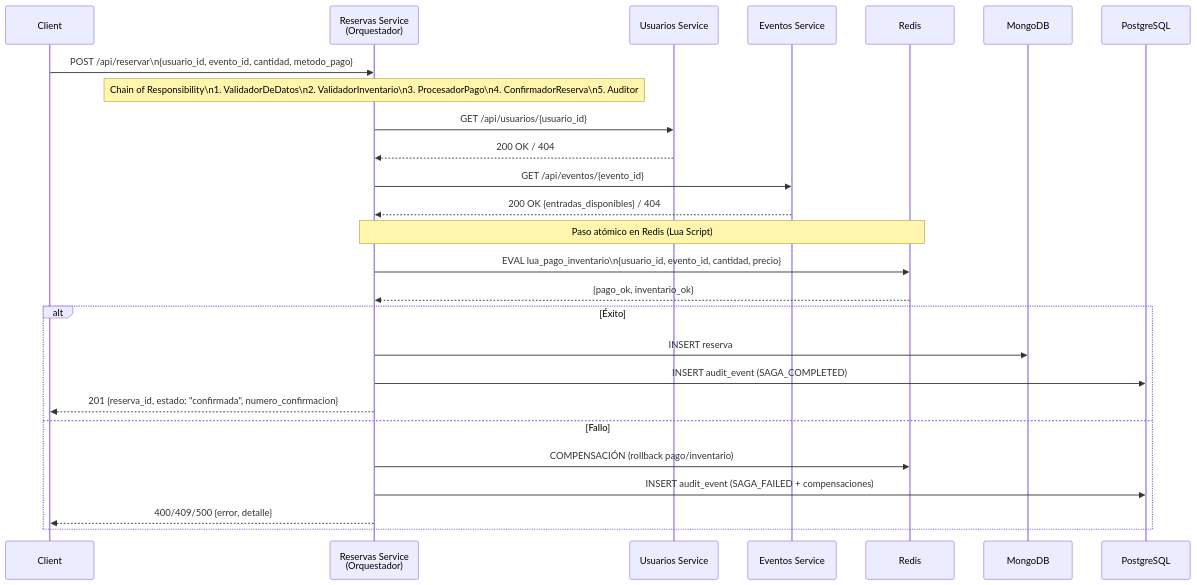
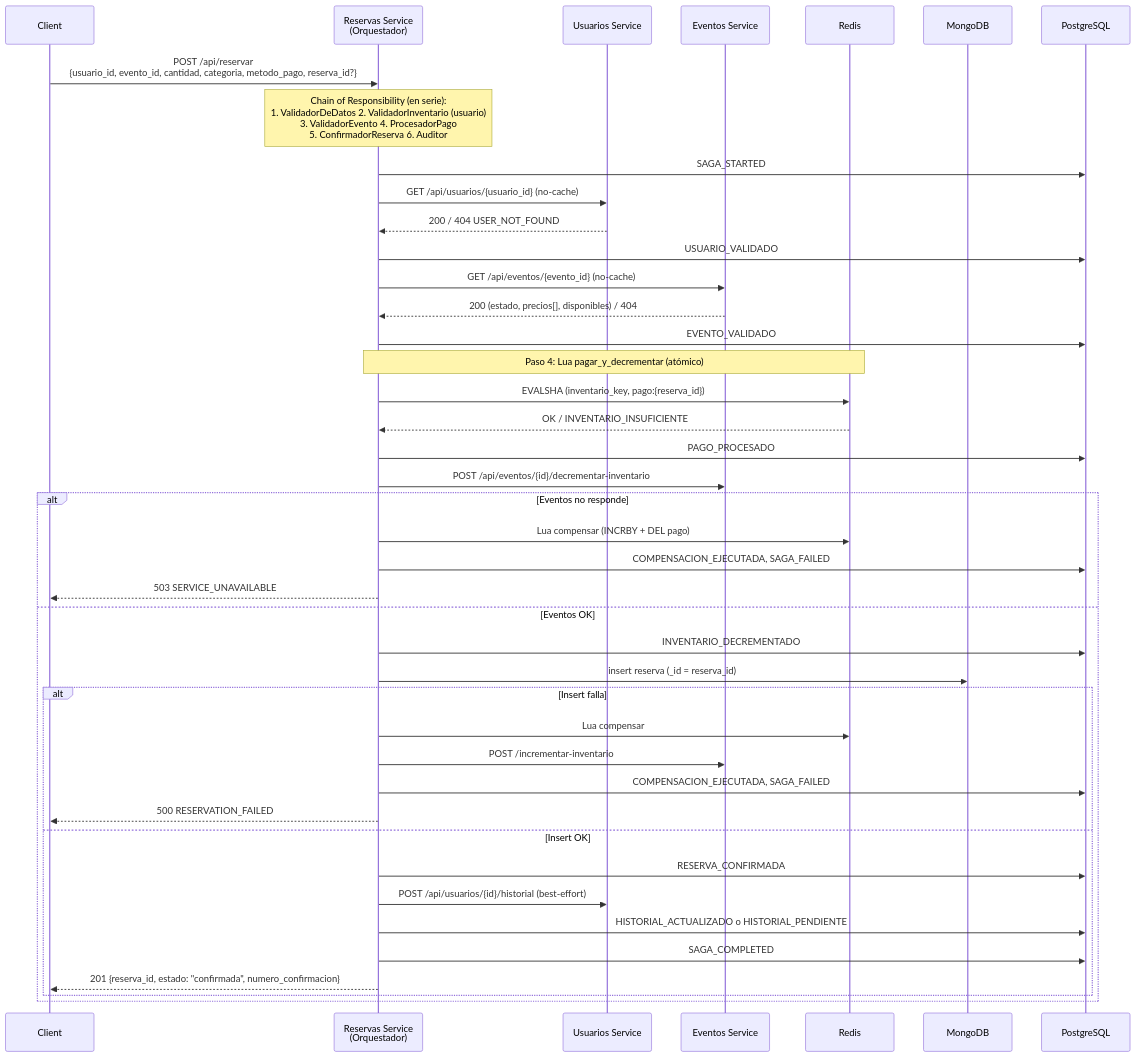
The first of 3 diagrams in TAREA 2/brain/architecture/data-flow.md (fmq203/FQ-NoSQL-2026), drawn with Mermaid before and after one commit. The commit also changed other lines of this file and 34 other files, not shown here.

````diff
--- a/TAREA 2/brain/architecture/data-flow.md
+++ b/TAREA 2/brain/architecture/data-flow.md
@@ -13,34 +15,50 @@
 ```mermaid
 sequenceDiagram
     participant Client
     participant RS as Reservas Service<br/>(Orquestador)
     participant US as Usuarios Service
     participant ES as Eventos Service
     participant Redis
     participant MongoDB
     participant PG as PostgreSQL
 
-    Client->>RS: POST /api/reservar\n{usuario_id, evento_id, cantidad, metodo_pago}
-    
-    Note over RS: Chain of Responsibility\n1. ValidadorDeDatos\n2. ValidadorInventario\n3. ProcesadorPago\n4. ConfirmadorReserva\n5. Auditor
+    Client->>RS: POST /api/reservar<br/>{usuario_id, evento_id, cantidad, categoria, metodo_pago, reserva_id?}
 
-    RS->>US: GET /api/usuarios/{usuario_id}
-    US-->>RS: 200 OK / 404
-    
-    RS->>ES: GET /api/eventos/{evento_id}
-    ES-->>RS: 200 OK {entradas_disponibles} / 404
-    
-    Note over RS,Redis: Paso atómico en Redis (Lua Script)
-    RS->>Redis: EVAL lua_pago_inventario\n{usuario_id, evento_id, cantidad, precio}
-    Redis-->>RS: {pago_ok, inventario_ok}
-    
-    alt Éxito
-        RS->>MongoDB: INSERT reserva
-        RS->>PG: INSERT audit_event (SAGA_COMPLETED)
-        RS-->>Client: 201 {reserva_id, estado: "confirmada", numero_confirmacion}
-    else Fallo
-        RS->>Redis: COMPENSACIÓN (rollback pago/inventario)
-        RS->>PG: INSERT audit_event (SAGA_FAILED + compensaciones)
-        RS-->>Client: 400/409/500 {error, detalle}
+    Note over RS: Chain of Responsibility (en serie):<br/>1. ValidadorDeDatos 2. ValidadorInventario (usuario)<br/>3. ValidadorEvento 4. ProcesadorPago<br/>5. ConfirmadorReserva 6. Auditor
+
+    RS->>PG: SAGA_STARTED
+    RS->>US: GET /api/usuarios/{usuario_id} (no-cache)
+    US-->>RS: 200 / 404 USER_NOT_FOUND
+    RS->>PG: USUARIO_VALIDADO
+
+    RS->>ES: GET /api/eventos/{evento_id} (no-cache)
+    ES-->>RS: 200 (estado, precios[], disponibles) / 404
+    RS->>PG: EVENTO_VALIDADO
+
+    Note over RS,Redis: Paso 4: Lua pagar_y_decrementar (atómico)
+    RS->>Redis: EVALSHA (inventario_key, pago:{reserva_id})
+    Redis-->>RS: OK / INVENTARIO_INSUFICIENTE
+    RS->>PG: PAGO_PROCESADO
+    RS->>ES: POST /api/eventos/{id}/decrementar-inventario
+
+    alt Eventos no responde
+        RS->>Redis: Lua compensar (INCRBY + DEL pago)
+        RS->>PG: COMPENSACION_EJECUTADA, SAGA_FAILED
+        RS-->>Client: 503 SERVICE_UNAVAILABLE
+    else Eventos OK
+        RS->>PG: INVENTARIO_DECREMENTADO
+        RS->>MongoDB: insert reserva (_id = reserva_id)
+        alt Insert falla
+            RS->>Redis: Lua compensar
+            RS->>ES: POST /incrementar-inventario
+            RS->>PG: COMPENSACION_EJECUTADA, SAGA_FAILED
+            RS-->>Client: 500 RESERVATION_FAILED
+        else Insert OK
+            RS->>PG: RESERVA_CONFIRMADA
+            RS->>US: POST /api/usuarios/{id}/historial (best-effort)
+            RS->>PG: HISTORIAL_ACTUALIZADO o HISTORIAL_PENDIENTE
+            RS->>PG: SAGA_COMPLETED
+            RS-->>Client: 201 {reserva_id, estado: "confirmada", numero_confirmacion}
+        end
     end
 ```
````
